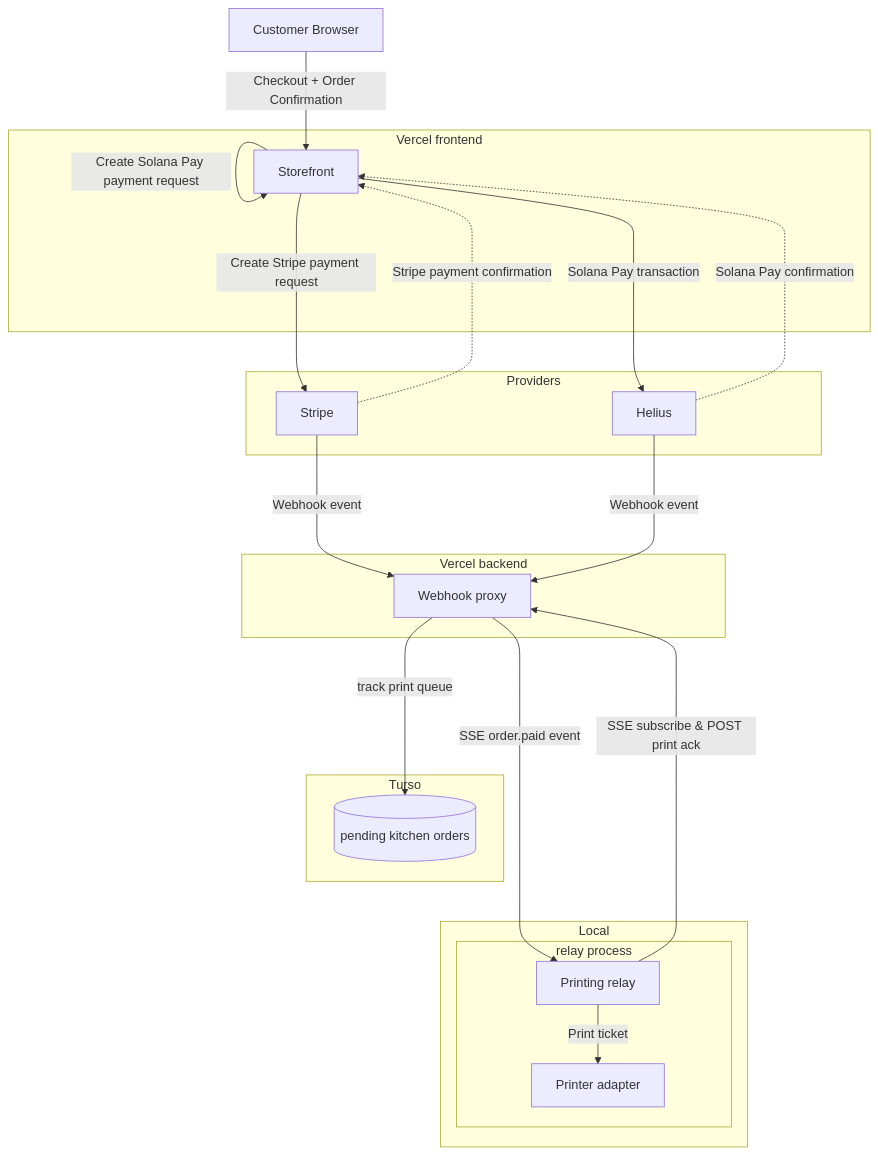
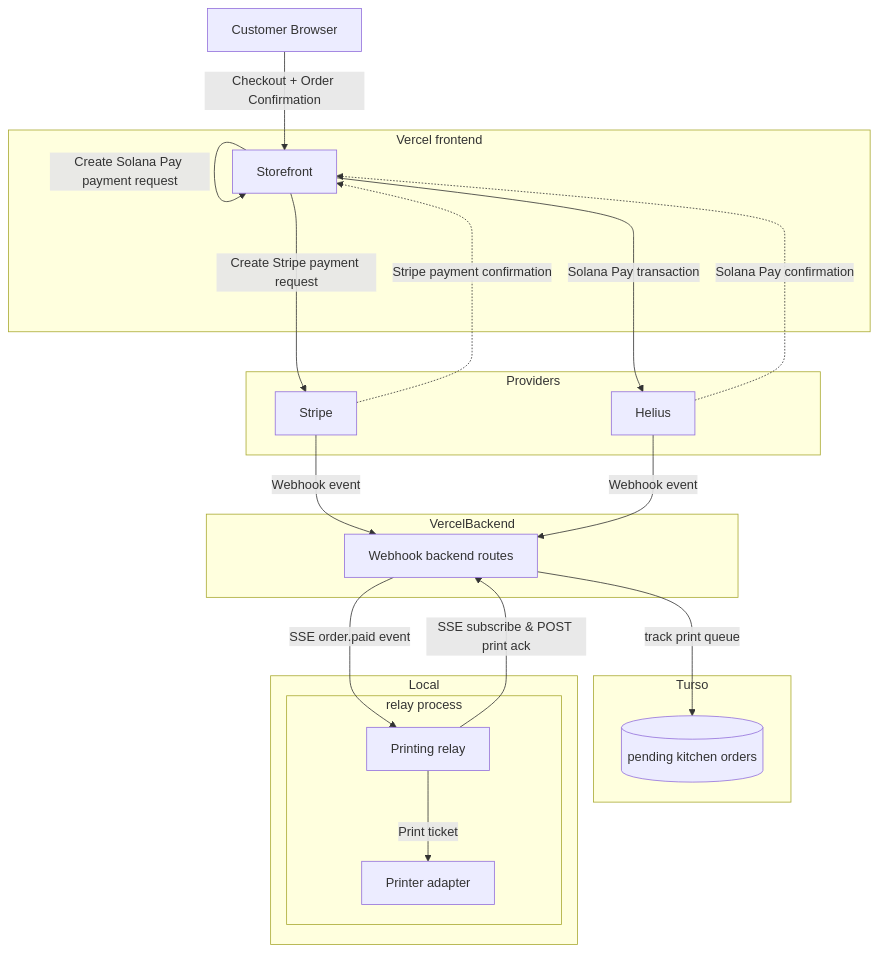
The diagram in README.md (kilogold/RicoS), drawn with Mermaid before and after one commit. The commit also changed other lines of this file and 29 other files, not shown here.

Commit message:
Migrating webhook-proxy into React web app (backend).

````diff
--- a/README.md
+++ b/README.md
@@ -207,42 +150,42 @@
 ```mermaid
 flowchart TB
   U[Customer Browser]
 
   subgraph Vercel frontend
     W[Storefront]
-
-
-  end
-    subgraph Vercel backend
-      X[Webhook proxy]
-    end
-  subgraph Turso
-    TB[(pending kitchen orders)]
   end
 
   subgraph Providers
     S[Stripe]
     H[Helius]
+  end
+
+  subgraph Turso
+    DB[(pending kitchen orders)]
+  end
+
+  subgraph VercelBackend
+    X[Webhook backend routes]
   end
 
   subgraph Local
     subgraph relay process
       K[Printing relay]
       P[Printer adapter]
     end
   end
 
   U -->|Checkout + Order Confirmation| W
-  W --->|Create Stripe payment request| S
-  S -.->|Stripe payment confirmation| W
-  W -->|Create Solana Pay payment request| W
-  W ---->|Solana Pay transaction| H
-  H -.->|Solana Pay confirmation| W
+  W ---->|Create Stripe payment request| S
+  S -.->|Stripe payment confirmation| W 
+  W -->|Create Solana Pay payment request|W 
+  W ---->|Solana Pay transaction|H
+  H -.->|Solana Pay confirmation|W
 
-  S --->|Webhook event| X
-  H --->|Webhook event| X
-  X --->|track print queue| TB
-  X ---->|SSE order.paid event| K
+  S -->|Webhook event| X
+  H -->|Webhook event| X
+  X -->|track print queue| DB
+  X -->|SSE order.paid event| K
   K -->|SSE subscribe & POST print ack| X
   K -->|Print ticket| P
 ```
````
